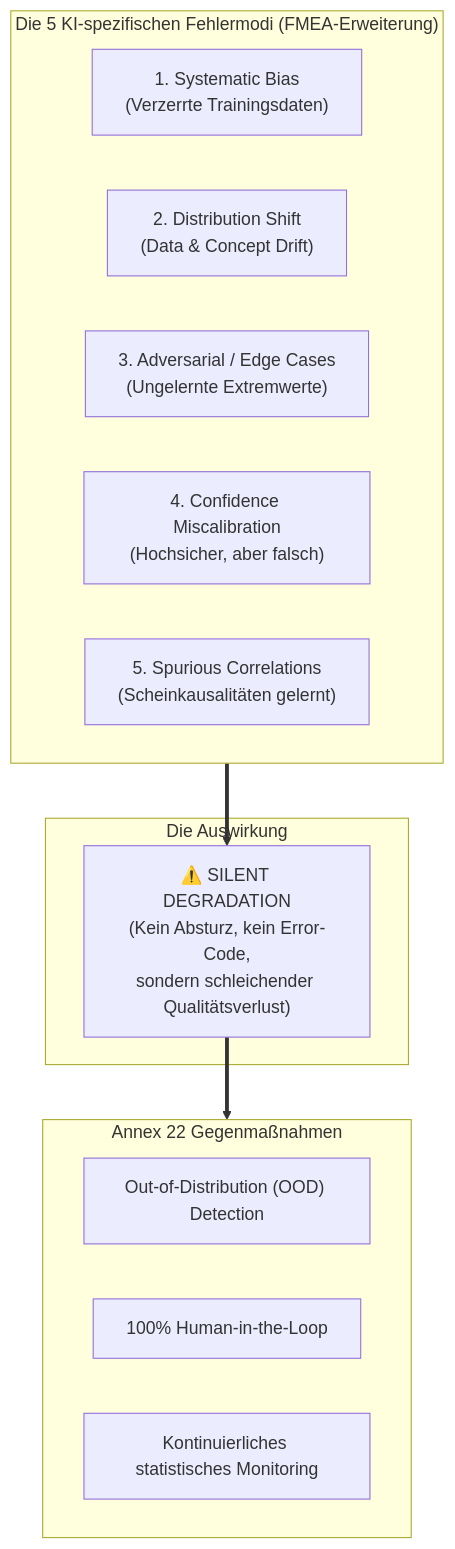
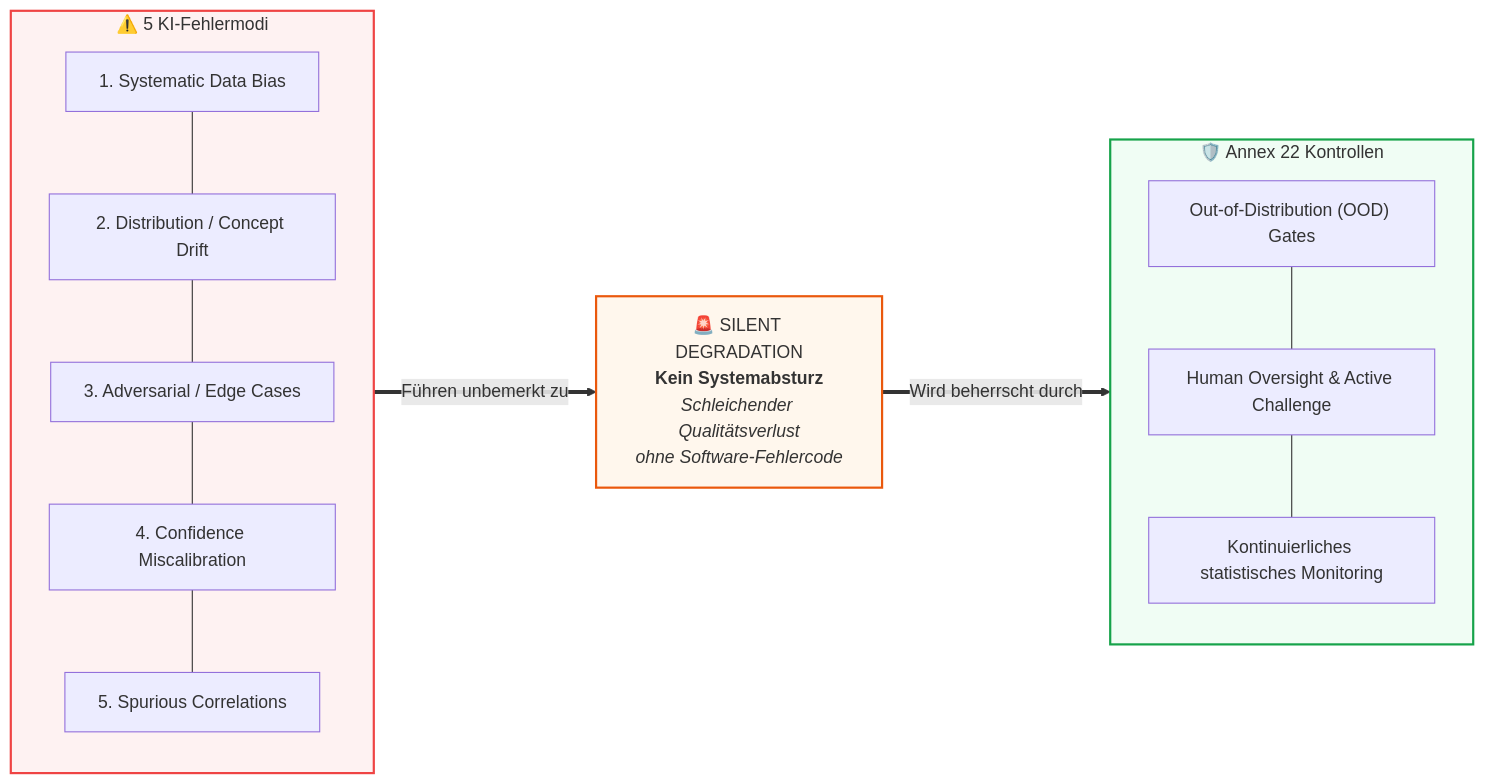
The diagram in docs/de/module_04_risk_based_approach.md (Lunaman06/Annex22), drawn with Mermaid before and after one commit. The commit also changed 29 other files, not shown here.

Commit message:
style(docs): optimize mermaid diagram aspect ratios, edge flows and legibility across all DE and EN modules

````diff
--- a/docs/de/module_04_risk_based_approach.md
+++ b/docs/de/module_04_risk_based_approach.md
@@ -13,23 +13,29 @@
 ```mermaid
-graph TD
-    subgraph FailModes["Die 5 KI-spezifischen Fehlermodi (FMEA-Erweiterung)"]
-        M1["1. Systematic Bias<br/>(Verzerrte Trainingsdaten)"]
-        M2["2. Distribution Shift<br/>(Data & Concept Drift)"]
-        M3["3. Adversarial / Edge Cases<br/>(Ungelernte Extremwerte)"]
-        M4["4. Confidence Miscalibration<br/>(Hochsicher, aber falsch)"]
-        M5["5. Spurious Correlations<br/>(Scheinkausalitäten gelernt)"]
+flowchart LR
+    subgraph FailModes["⚠️ 5 KI-Fehlermodi"]
+        direction TB
+        M1["1. Systematic Data Bias"]
+        M2["2. Distribution / Concept Drift"]
+        M3["3. Adversarial / Edge Cases"]
+        M4["4. Confidence Miscalibration"]
+        M5["5. Spurious Correlations"]
+        M1 --- M2 --- M3 --- M4 --- M5
     end
 
-    subgraph Impact["Die Auswirkung"]
-        Silent["⚠️ SILENT DEGRADATION<br/>(Kein Absturz, kein Error-Code,<br/>sondern schleichender Qualitätsverlust)"]
+    Silent["🚨 SILENT DEGRADATION<br/><b>Kein Systemabsturz</b><br/><i>Schleichender Qualitätsverlust<br/>ohne Software-Fehlercode</i>"]
+
+    subgraph Mitigation["🛡️ Annex 22 Kontrollen"]
+        direction TB
+        C1["Out-of-Distribution (OOD) Gates"]
+        C2["Human Oversight & Active Challenge"]
+        C3["Kontinuierliches statistisches Monitoring"]
+        C1 --- C2 --- C3
     end
 
-    subgraph Mitigation["Annex 22 Gegenmaßnahmen"]
-        OOD["Out-of-Distribution (OOD) Detection"]
-        HITL["100% Human-in-the-Loop"]
-        DriftMon["Kontinuierliches statistisches Monitoring"]
-    end
+    FailModes ==>|"Führen unbemerkt zu"| Silent
+    Silent ==>|"Wird beherrscht durch"| Mitigation
 
-    FailModes ==> Silent
-    Silent ==> Mitigation
+    style FailModes fill:#fef2f2,stroke:#ef4444,stroke-width:2px
+    style Silent fill:#fff7ed,stroke:#ea580c,stroke-width:2px
+    style Mitigation fill:#f0fdf4,stroke:#16a34a,stroke-width:2px
 ```
````
